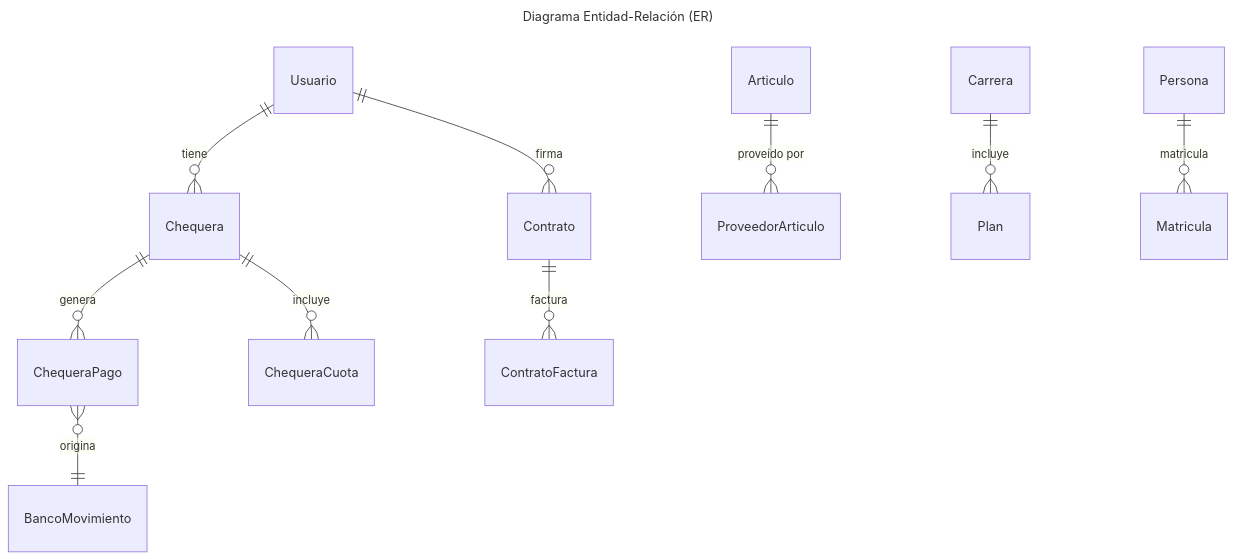
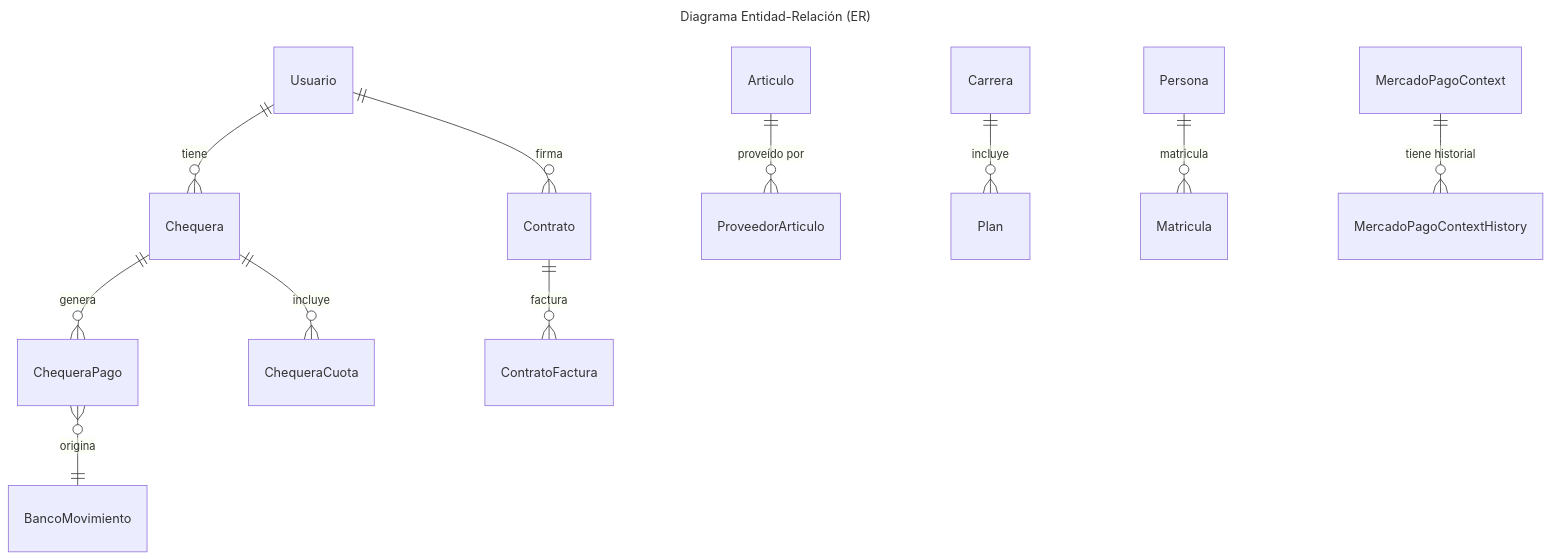
One commit to UM-services/UM.tesoreria.core-service changed the diagram in docs/entities.mmd. Above: the diagram before and after it, drawn with Mermaid. The commit also changed 17 other files, not shown here.

First line of the commit message:
feat(release): add MercadoPagoContextHistory module and prepare v2.3.0

```diff
--- a/docs/entities.mmd
+++ b/docs/entities.mmd
@@ -1,14 +1,15 @@
 ---
 title: Diagrama Entidad-Relación (ER)
 ---
 erDiagram
     Usuario ||--o{ Chequera : "tiene"
     Chequera ||--o{ ChequeraPago : "genera"
     Chequera ||--o{ ChequeraCuota : "incluye"
     ChequeraPago }o--|| BancoMovimiento : "origina"
     Usuario ||--o{ Contrato : "firma"
     Contrato ||--o{ ContratoFactura : "factura"
     Articulo ||--o{ ProveedorArticulo : "proveído por"
     Carrera ||--o{ Plan : "incluye"
     Persona ||--o{ Matricula : "matricula"
+    MercadoPagoContext ||--o{ MercadoPagoContextHistory : "tiene historial"
     %% ...agrega más relaciones según entidades del dominio
```
